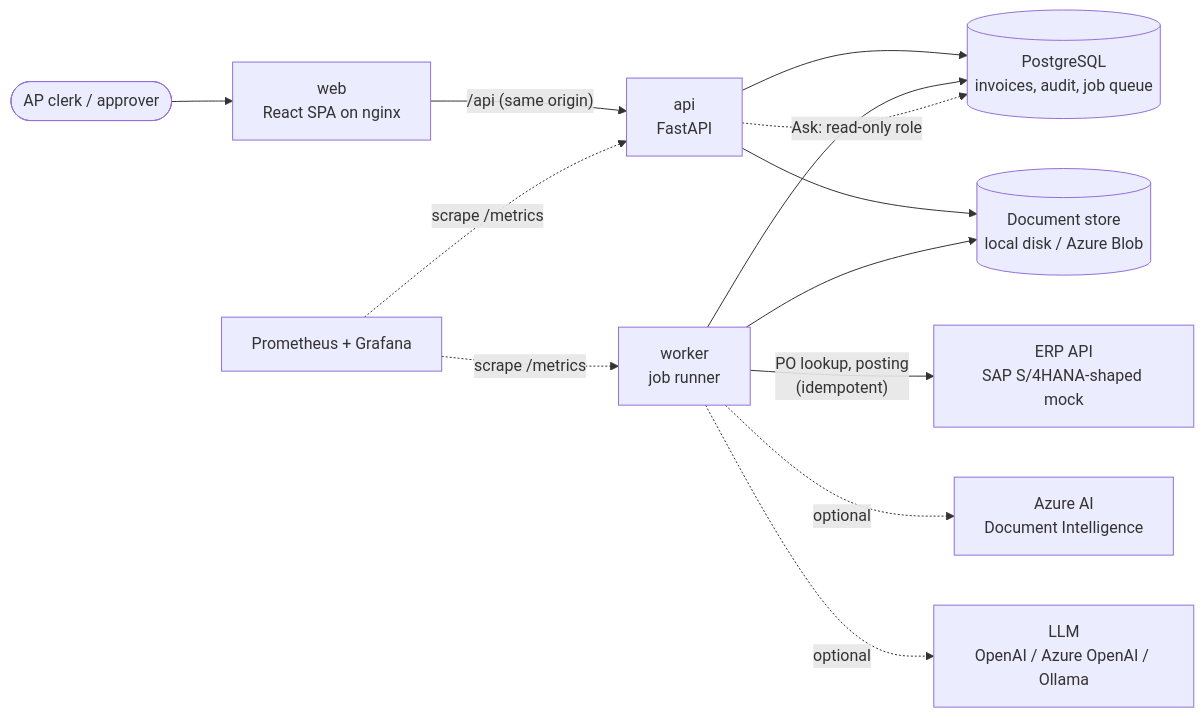
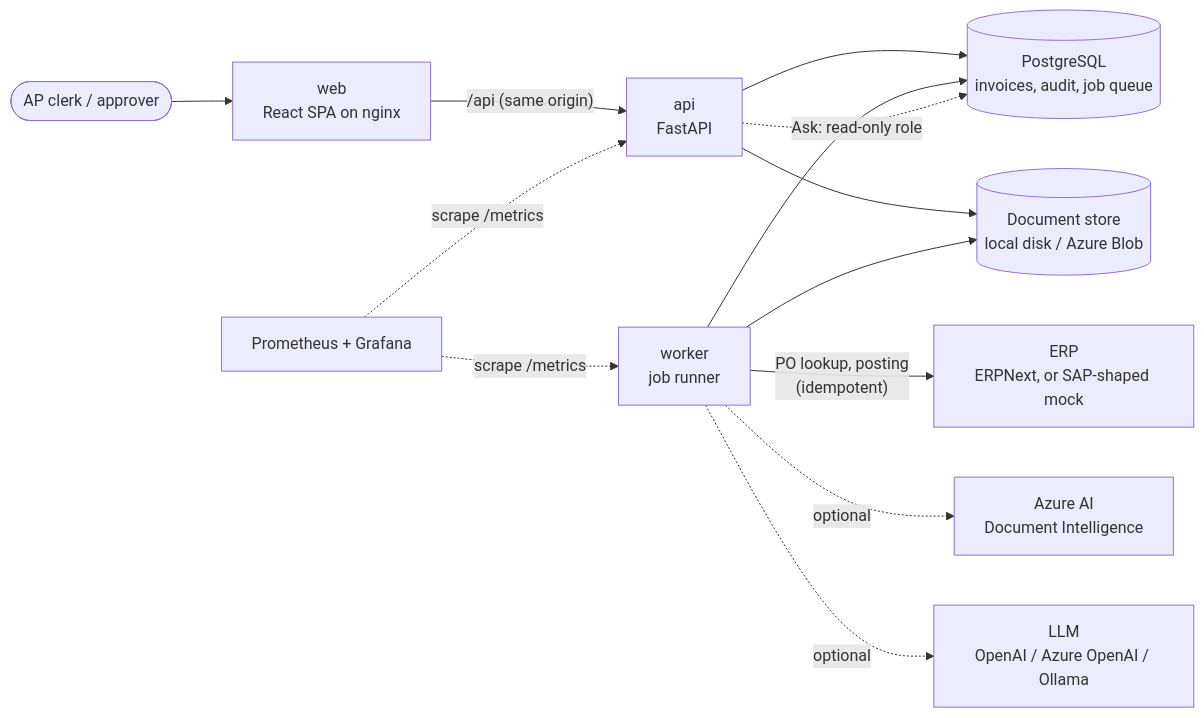
Before and after one commit to shreyescodes/Invoice-Intelligence-Platform: the first of 2 diagrams in README.md, drawn with Mermaid. The commit also changed other lines of this file and 14 other files, not shown here.

First line of the commit message:
feat(erp): ERPNext integration, verified against a live site in CI

````diff
--- a/README.md
+++ b/README.md
@@ -110,14 +111,14 @@
 ```mermaid
 flowchart LR
     user([AP clerk / approver]) --> web["web<br/>React SPA on nginx"]
     web -- "/api (same origin)" --> api["api<br/>FastAPI"]
     api --> pg[("PostgreSQL<br/>invoices, audit, job queue")]
     api --> store[("Document store<br/>local disk / Azure Blob")]
     worker["worker<br/>job runner"] --> pg
     worker --> store
-    worker -- "PO lookup, posting<br/>(idempotent)" --> erp["ERP API<br/>SAP S/4HANA-shaped mock"]
+    worker -- "PO lookup, posting<br/>(idempotent)" --> erp["ERP<br/>ERPNext, or SAP-shaped mock"]
     worker -. optional .-> di["Azure AI<br/>Document Intelligence"]
     worker -. optional .-> llm["LLM<br/>OpenAI / Azure OpenAI / Ollama"]
     api -. "Ask: read-only role" .-> pg
     prom["Prometheus + Grafana"] -. scrape /metrics .-> api & worker
 ```
````
